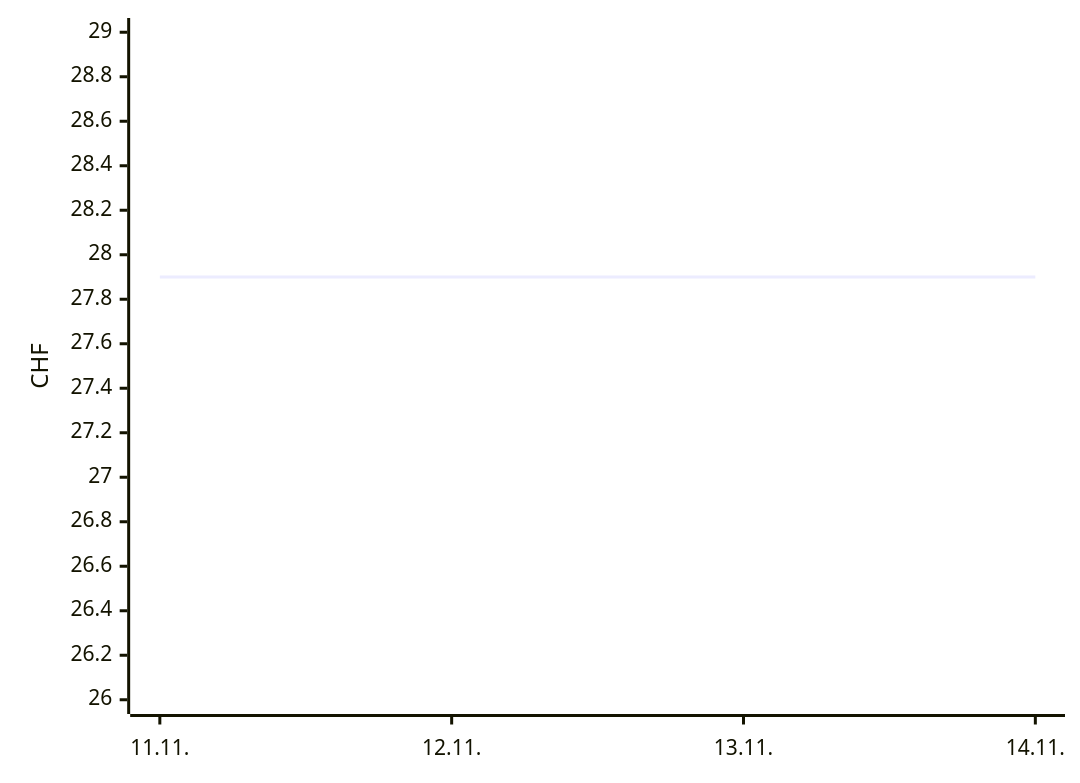
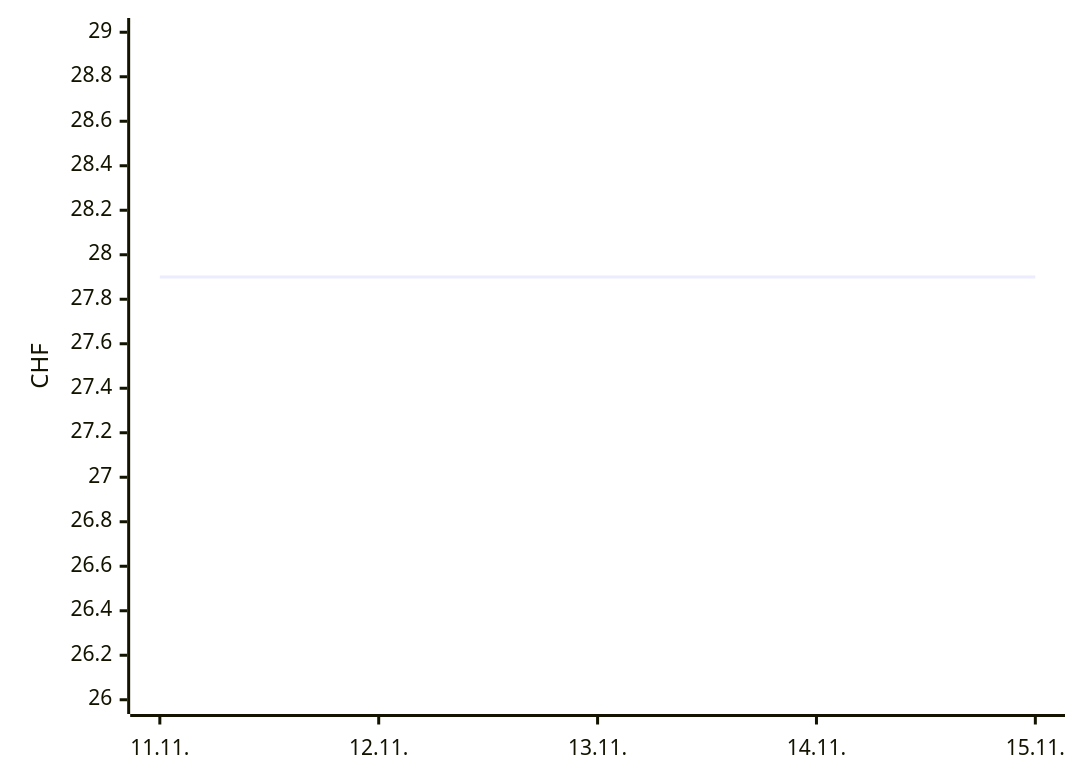
The first of 2 diagrams in README.md (Akira2828/my-Galaxus-MCP), drawn with Mermaid before and after one commit. The commit also changed other lines of this file and 1 other file, not shown here.

````diff
--- a/README.md
+++ b/README.md
@@ -16,6 +16,6 @@
 ```mermaid
 xychart-beta
-  x-axis ["11.11.", "12.11.", "13.11.", "14.11."]
+  x-axis ["11.11.", "12.11.", "13.11.", "14.11.", "15.11."]
   y-axis "CHF" 26 --> 29
-  line [27.9, 27.9, 27.9, 27.9]
+  line [27.9, 27.9, 27.9, 27.9, 27.9]
 ```
````
